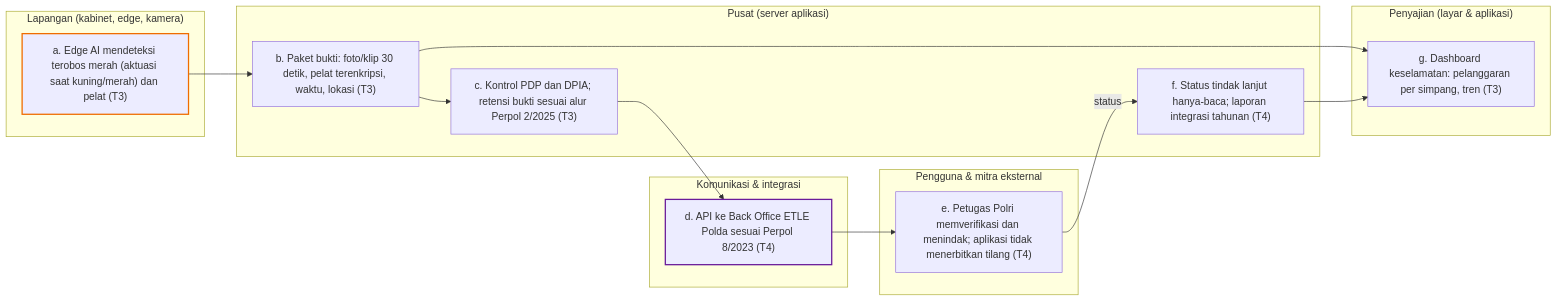
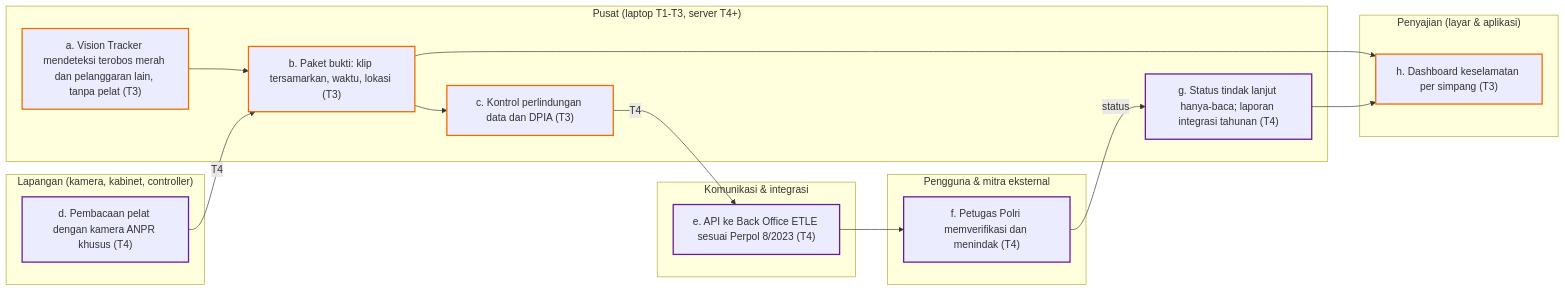
Before and after one commit to lionateofhaidar/irama-project: the ninth of 12 diagrams in docs/planning/diagram/_bagian_diagram.md, drawn with Mermaid. The commit also changed other lines of this file and 75 other files, not shown here.

First line of the commit message:
Revisi fokus T2 Vision Tracker dan Optimasi Simpang; dokumen 14 sampai 16; diagram dirutekan ulang

````diff
--- a/docs/planning/diagram/_bagian_diagram.md
+++ b/docs/planning/diagram/_bagian_diagram.md
@@ -464,29 +504,33 @@
 ```mermaid
 flowchart LR
   subgraph P["Pengguna & mitra eksternal"]
-    F09e["e. Petugas Polri memverifikasi dan menindak; aplikasi tidak menerbitkan tilang (T4)"]
+    F09f["f. Petugas Polri memverifikasi dan menindak (T4)"]
   end
   subgraph U["Penyajian (layar & aplikasi)"]
-    F09g["g. Dashboard keselamatan: pelanggaran per simpang, tren (T3)"]
+    F09h["h. Dashboard keselamatan per simpang (T3)"]
   end
-  subgraph S["Pusat (server aplikasi)"]
-    F09b["b. Paket bukti: foto/klip 30 detik, pelat terenkripsi, waktu, lokasi (T3)"]
-    F09c["c. Kontrol PDP dan DPIA; retensi bukti sesuai alur Perpol 2/2025 (T3)"]
-    F09f["f. Status tindak lanjut hanya-baca; laporan integrasi tahunan (T4)"]
+  subgraph S["Pusat (laptop T1-T3, server T4+)"]
+    F09a["a. Vision Tracker mendeteksi terobos merah dan pelanggaran lain, tanpa pelat (T3)"]
+    F09b["b. Paket bukti: klip tersamarkan, waktu, lokasi (T3)"]
+    F09c["c. Kontrol perlindungan data dan DPIA (T3)"]
+    F09g["g. Status tindak lanjut hanya-baca; laporan integrasi tahunan (T4)"]
   end
   subgraph K["Komunikasi & integrasi"]
-    F09d["d. API ke Back Office ETLE Polda sesuai Perpol 8/2023 (T4)"]
+    F09e["e. API ke Back Office ETLE sesuai Perpol 8/2023 (T4)"]
   end
-  subgraph L["Lapangan (kabinet, edge, kamera)"]
-    F09a["a. Edge AI mendeteksi terobos merah (aktuasi saat kuning/merah) dan pelat (T3)"]
+  subgraph L["Lapangan (kamera, kabinet, controller)"]
+    F09d["d. Pembacaan pelat dengan kamera ANPR khusus (T4)"]
   end
   F09a --> F09b
   F09b --> F09c
-  F09c --> F09d
-  F09d --> F09e
-  F09e -->|status| F09f
-  F09b --> F09g
-  F09f --> F09g
-  style F09a stroke:#EF6C00,stroke-width:2px
-  style F09d stroke:#6A1B9A,stroke-width:2px
+  F09d -->|T4| F09b
+  F09c -->|T4| F09e
+  F09e --> F09f
+  F09f -->|status| F09g
+  F09b --> F09h
+  F09g --> F09h
+  classDef t3 stroke:#EF6C00,stroke-width:2px
+  class F09a,F09b,F09c,F09h t3
+  classDef t4 stroke:#6A1B9A,stroke-width:2px
+  class F09d,F09e,F09f,F09g t4
 ```
````
